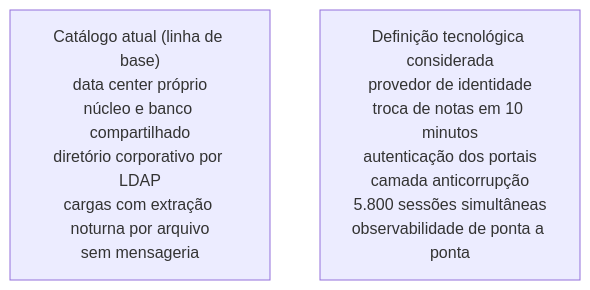
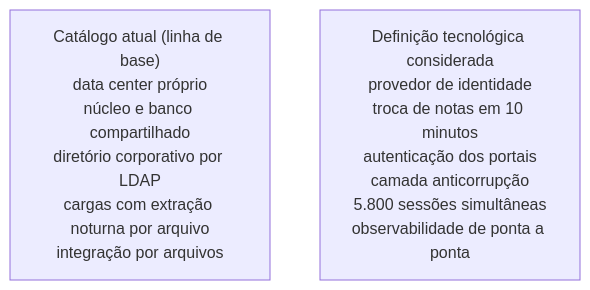
The second of 2 diagrams in docs/modulo-5-frameworks-e-tecnologias/bloco-4-adr-de-plataforma.md (aulas-marco/projeto-arquitetura-software), drawn with Mermaid before and after one commit. The commit also changed other lines of this file and 3 other files, not shown here.

````diff
--- a/docs/modulo-5-frameworks-e-tecnologias/bloco-4-adr-de-plataforma.md
+++ b/docs/modulo-5-frameworks-e-tecnologias/bloco-4-adr-de-plataforma.md
@@ -136,5 +136,5 @@
 ```mermaid
 graph TB
-    CAT["Catálogo atual (linha de base)<br/>data center próprio<br/>núcleo e banco compartilhado<br/>diretório corporativo por LDAP<br/>cargas com extração noturna por arquivo<br/>sem mensageria"]
+    CAT["Catálogo atual (linha de base)<br/>data center próprio<br/>núcleo e banco compartilhado<br/>diretório corporativo por LDAP<br/>cargas com extração noturna por arquivo<br/>integração por arquivos"]
     DEF["Definição tecnológica considerada<br/>provedor de identidade<br/>troca de notas em 10 minutos<br/>autenticação dos portais<br/>camada anticorrupção<br/>5.800 sessões simultâneas<br/>observabilidade de ponta a ponta"]
 ```
````
